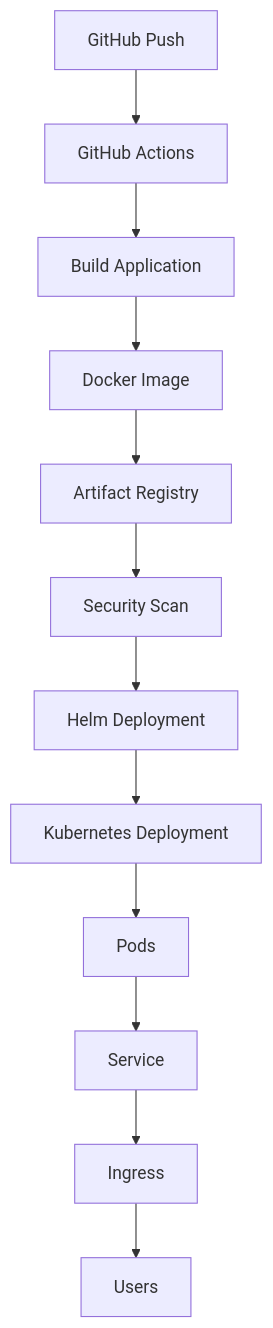
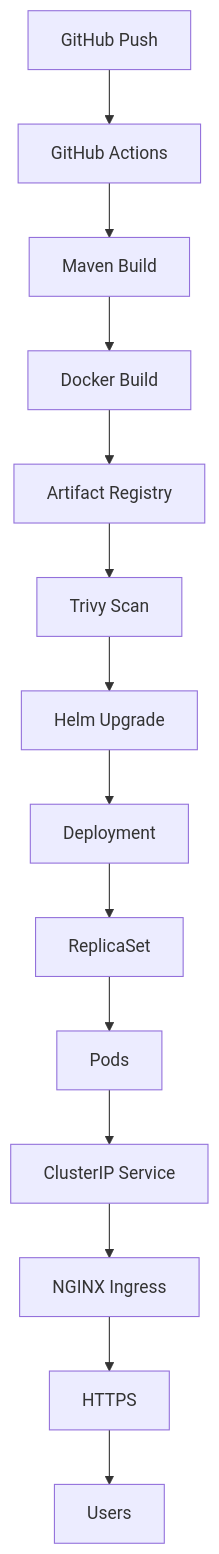
Before and after one commit to ssavaniya/gke-wif-deployment: the diagram in docs/10-kubernetes-deployment.md, drawn with Mermaid. The commit also changed other lines of this file and 21 other files, not shown here.

````diff
--- a/docs/10-kubernetes-deployment.md
+++ b/docs/10-kubernetes-deployment.md
@@ -15,27 +19,31 @@
 ```mermaid
 flowchart TD
 
 A[GitHub Push]
 
 A --> B[GitHub Actions]
 
-B --> C[Build Application]
+B --> C[Maven Build]
 
-C --> D[Docker Image]
+C --> D[Docker Build]
 
 D --> E[Artifact Registry]
 
-E --> F[Security Scan]
+E --> F[Trivy Scan]
 
-F --> G[Helm Deployment]
+F --> G[Helm Upgrade]
 
-G --> H[Kubernetes Deployment]
+G --> H[Deployment]
 
-H --> I[Pods]
+H --> I[ReplicaSet]
 
-I --> J[Service]
+I --> J[Pods]
 
-J --> K[Ingress]
+J --> K[ClusterIP Service]
 
-K --> L[Users]
+K --> L[NGINX Ingress]
+
+L --> M[HTTPS]
+
+M --> N[Users]
 ```
````
